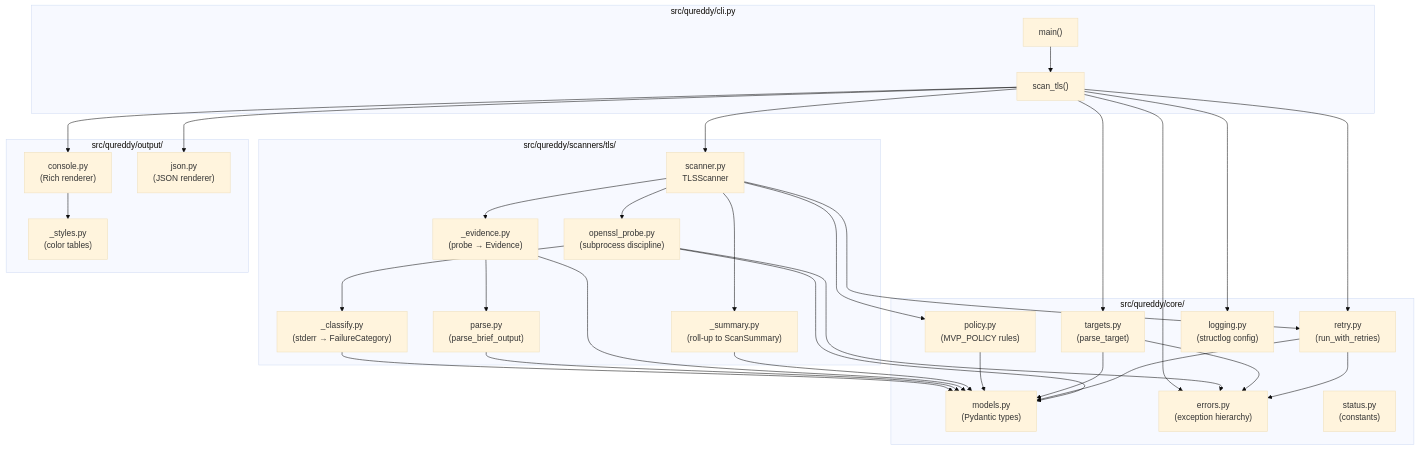
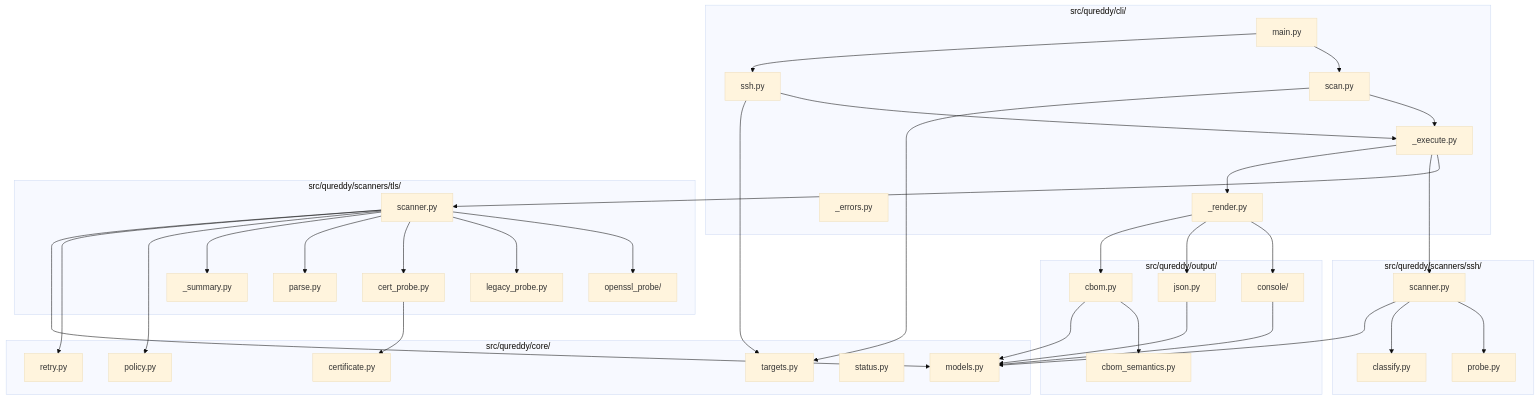
Before and after one commit to BreachSAFE/qureddy: the first of 4 diagrams in docs/explanation/architecture.md, drawn with Mermaid (base theme). The commit also changed other lines of this file and 3 other files, not shown here.

Commit message:
docs(cbom): define the 1.7 evidence contract

````diff
--- a/docs/explanation/architecture.md
+++ b/docs/explanation/architecture.md
@@ -19,65 +23,75 @@
 ```mermaid
 flowchart TB
-    subgraph cli ["src/qureddy/cli.py"]
-        cli_main["main()"]
-        cli_scan_tls["scan_tls()"]
-        cli_main --> cli_scan_tls
+    subgraph cli ["src/qureddy/cli/"]
+        main["main.py"]
+        tls_cli["scan.py"]
+        ssh_cli["ssh.py"]
+        execute["_execute.py"]
+        render["_render.py"]
+        errors["_errors.py"]
     end
 
     subgraph core ["src/qureddy/core/"]
-        models["models.py<br/>(Pydantic types)"]
-        errors["errors.py<br/>(exception hierarchy)"]
-        targets["targets.py<br/>(parse_target)"]
-        policy["policy.py<br/>(MVP_POLICY rules)"]
-        retry["retry.py<br/>(run_with_retries)"]
-        logging_mod["logging.py<br/>(structlog config)"]
-        status["status.py<br/>(constants)"]
+        models["models.py"]
+        targets["targets.py"]
+        policy["policy.py"]
+        retry["retry.py"]
+        status["status.py"]
+        certificate["certificate.py"]
     end
 
-    subgraph scanners ["src/qureddy/scanners/tls/"]
-        scanner["scanner.py<br/>TLSScanner"]
-        probe["openssl_probe.py<br/>(subprocess discipline)"]
-        parse["parse.py<br/>(parse_brief_output)"]
-        classify["_classify.py<br/>(stderr → FailureCategory)"]
-        evidence["_evidence.py<br/>(probe → Evidence)"]
-        summary["_summary.py<br/>(roll-up to ScanSummary)"]
+    subgraph tls ["src/qureddy/scanners/tls/"]
+        tls_scanner["scanner.py"]
+        openssl_probe["openssl_probe/"]
+        legacy["legacy_probe.py"]
+        cert_probe["cert_probe.py"]
+        tls_parse["parse.py"]
+        tls_summary["_summary.py"]
+    end
+
+    subgraph ssh ["src/qureddy/scanners/ssh/"]
+        ssh_scanner["scanner.py"]
+        ssh_probe["probe.py"]
+        ssh_classify["classify.py"]
     end
 
     subgraph output ["src/qureddy/output/"]
-        console["console.py<br/>(Rich renderer)"]
-        json_out["json.py<br/>(JSON renderer)"]
-        styles["_styles.py<br/>(color tables)"]
+        rich["console/"]
+        json["json.py"]
+        cbom["cbom.py"]
+        semantics["cbom_semantics.py"]
     end
 
-    cli_scan_tls --> targets
-    cli_scan_tls --> retry
-    cli_scan_tls --> logging_mod
-    cli_scan_tls --> scanner
-    cli_scan_tls --> console
-    cli_scan_tls --> json_out
-    cli_scan_tls --> errors
+    main --> tls_cli
+    main --> ssh_cli
+    tls_cli --> execute
+    ssh_cli --> execute
+    execute --> tls_scanner
+    execute --> ssh_scanner
+    execute --> render
 
-    scanner --> probe
-    scanner --> evidence
-    scanner --> summary
-    scanner --> policy
-    scanner --> retry
+    tls_scanner --> openssl_probe
+    tls_scanner --> legacy
+    tls_scanner --> cert_probe
+    tls_scanner --> tls_parse
+    tls_scanner --> tls_summary
+    tls_scanner --> policy
+    tls_scanner --> retry
 
-    probe --> classify
-    probe --> errors
-    evidence --> parse
+    ssh_scanner --> ssh_probe
+    ssh_scanner --> ssh_classify
 
-    console --> styles
+    tls_cli --> targets
+    ssh_cli --> targets
+    tls_scanner --> models
+    ssh_scanner --> models
+    cert_probe --> certificate
 
-    targets --> errors
-    retry --> errors
-
-    classify --> models
-    parse --> models
-    evidence --> models
-    summary --> models
-    policy --> models
-    targets --> models
-    retry --> models
-    probe --> models
+    render --> rich
+    render --> json
+    render --> cbom
+    cbom --> semantics
+    rich --> models
+    json --> models
+    cbom --> models
 ```
````
